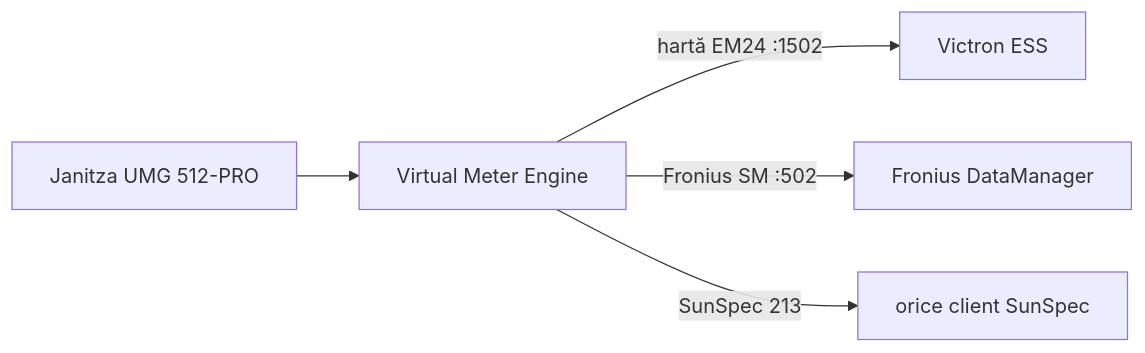
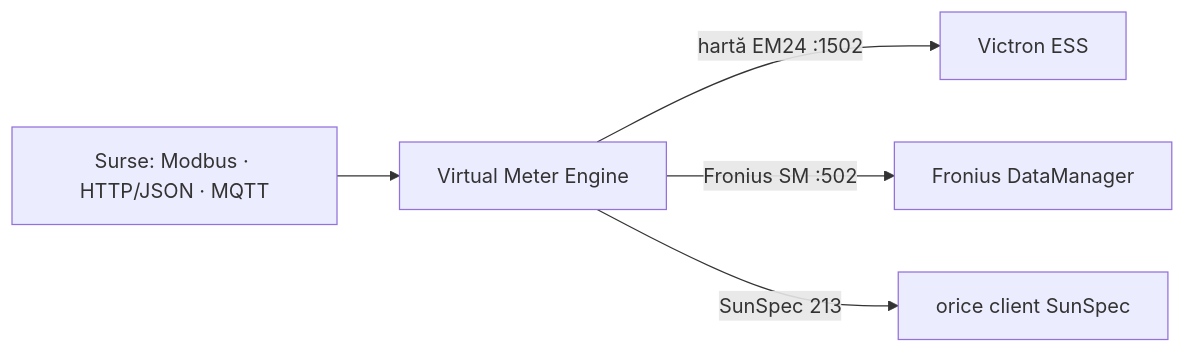
One commit to sm26449/multi-bus-gateway changed the diagram in README.md. Above: the diagram before and after it, drawn with Mermaid. The commit also changed other lines of this file and 8 other files, not shown here.

````diff
--- a/README.md
+++ b/README.md
@@ -76,7 +167,7 @@
 ```mermaid
 flowchart LR
-    UMG["Janitza UMG 512-PRO"] --> ENG["Virtual Meter Engine"]
+    SRC["Surse: Modbus · HTTP/JSON · MQTT"] --> ENG["Virtual Meter Engine"]
     ENG -->|"hartă EM24 :1502"| V["Victron ESS"]
     ENG -->|"Fronius SM :502"| F["Fronius DataManager"]
     ENG -->|"SunSpec 213"| X["orice client SunSpec"]
 ```
````
